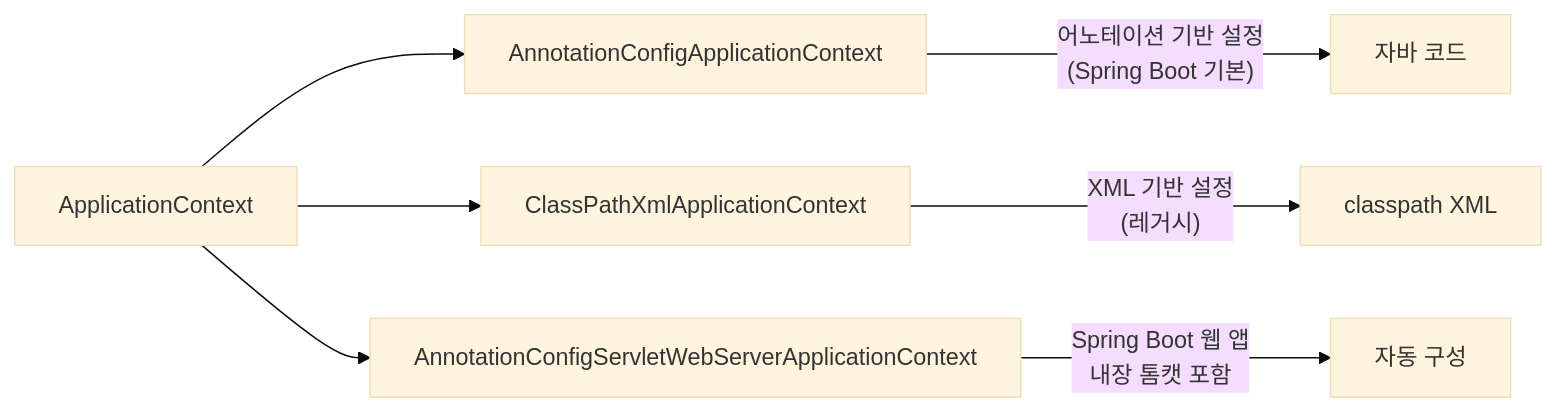
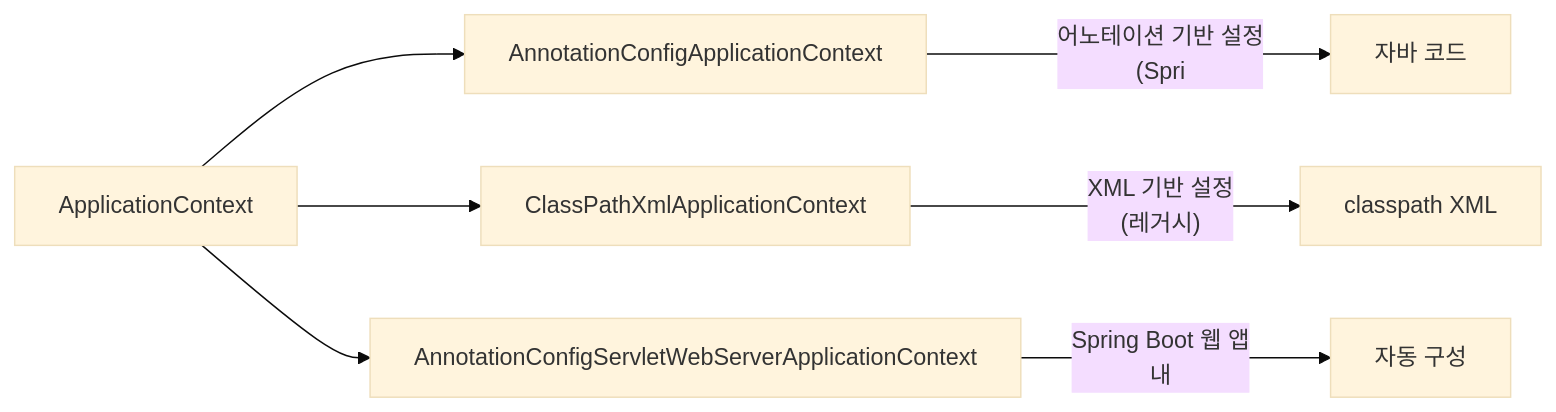
Before and after one commit to yjkim2015/yjkim2015.github.io: the third of 13 diagrams in _posts/spring/2026-05-02-spring-core-basic.md, drawn with Mermaid (base theme). The commit also changed other lines of this file and 271 other files, not shown here.

First line of the commit message:
Mermaid 라벨 축소: 긴 노드 텍스트 18자 이하로 트림 + \n 제거

````diff
--- a/_posts/spring/2026-05-02-spring-core-basic.md
+++ b/_posts/spring/2026-05-02-spring-core-basic.md
@@ -133,9 +133,9 @@
 ```mermaid
 graph LR
     A[ApplicationContext] --> B[AnnotationConfigApplicationContext]
     A --> C[ClassPathXmlApplicationContext]
     A --> F[AnnotationConfigServletWebServerApplicationContext]
-    B -->|"어노테이션 기반 설정\n(Spring Boot 기본)"| G["자바 코드"]
+    B -->|"어노테이션 기반 설정\n(Spri"| G["자바 코드"]
     C -->|"XML 기반 설정\n(레거시)"| H[classpath XML]
-    F -->|"Spring Boot 웹 앱\n내장 톰캣 포함"| I["자동 구성"]
+    F -->|"Spring Boot 웹 앱\n내"| I["자동 구성"]
 ```
````
